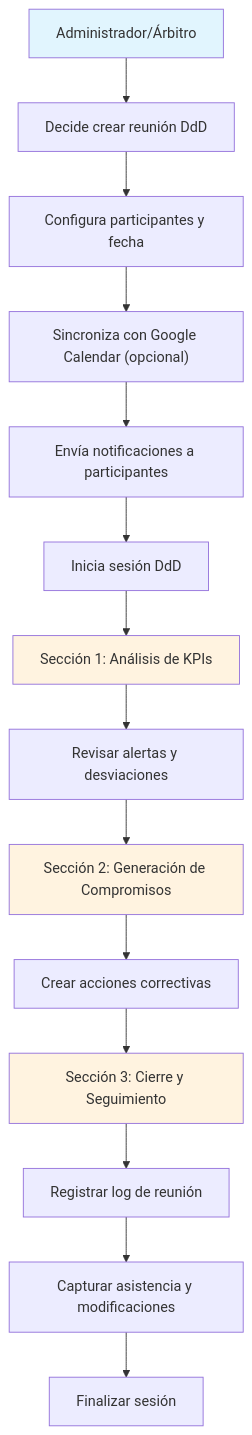
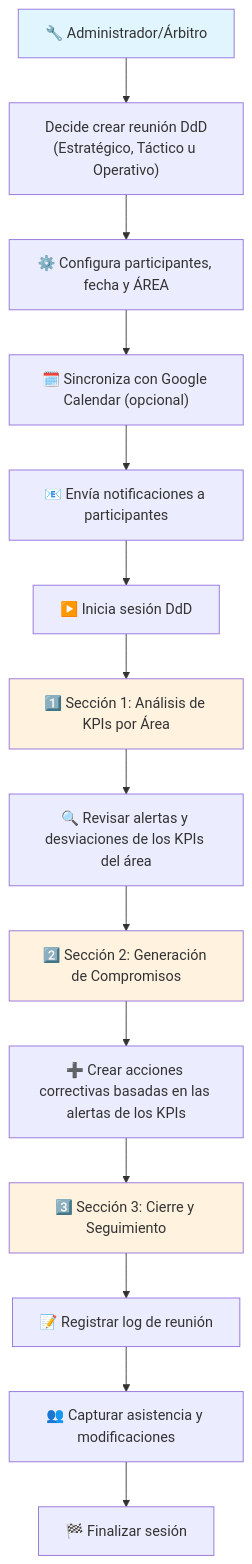
One commit to ColDev-Colivoro/Proyecto-Estandarizaci-n-normalizacion-Nutrisco changed the fourth of 6 diagrams in readmeProductOwner.md. Above: the diagram before and after it, drawn with Mermaid. The commit also changed other lines of this file, not shown here.

Commit message:
feat: enhance README with detailed conceptual diagrams and area-specific KPI management for DdD system

````diff
--- a/readmeProductOwner.md
+++ b/readmeProductOwner.md
@@ -688,22 +752,22 @@
 ```mermaid
 flowchart TD
-  ADMIN["Administrador/Árbitro"] --> DECIDE["Decide crear reunión DdD"]
-  DECIDE --> CONFIG["Configura participantes y fecha"]
-  CONFIG --> SYNC["Sincroniza con Google Calendar (opcional)"]
-  SYNC --> NOTIFY["Envía notificaciones a participantes"]
-  NOTIFY --> START["Inicia sesión DdD"]
+  ADMIN["🔧 Administrador/Árbitro"] --> DECIDE["Decide crear reunión DdD<br/>(Estratégico, Táctico u Operativo)"]
+  DECIDE --> CONFIG["⚙️ Configura participantes, fecha y ÁREA"]
+  CONFIG --> SYNC["🗓️ Sincroniza con Google Calendar (opcional)"]
+  SYNC --> NOTIFY["📧 Envía notificaciones a participantes"]
+  NOTIFY --> START["▶️ Inicia sesión DdD"]
   
-  START --> SEC1["Sección 1: Análisis de KPIs"]
-  SEC1 --> REV["Revisar alertas y desviaciones"]
-  REV --> SEC2["Sección 2: Generación de Compromisos"]
-  SEC2 --> CREATE["Crear acciones correctivas"]
-  CREATE --> SEC3["Sección 3: Cierre y Seguimiento"]
-  SEC3 --> LOG["Registrar log de reunión"]
-  LOG --> ASSIST["Capturar asistencia y modificaciones"]
-  ASSIST --> END["Finalizar sesión"]
+  START --> SEC1["1️⃣ Sección 1: Análisis de KPIs por Área"]
+  SEC1 --> REV["🔍 Revisar alertas y desviaciones de los KPIs del área"]
+  REV --> SEC2["2️⃣ Sección 2: Generación de Compromisos"]
+  SEC2 --> CREATE["➕ Crear acciones correctivas basadas en las alertas de los KPIs"]
+  CREATE --> SEC3["3️⃣ Sección 3: Cierre y Seguimiento"]
+  SEC3 --> LOG["📝 Registrar log de reunión"]
+  LOG --> ASSIST["👥 Capturar asistencia y modificaciones"]
+  ASSIST --> END["🏁 Finalizar sesión"]
   
   style ADMIN fill:#e1f5fe
   style SEC1 fill:#fff3e0
   style SEC2 fill:#fff3e0
   style SEC3 fill:#fff3e0
 ```
````
